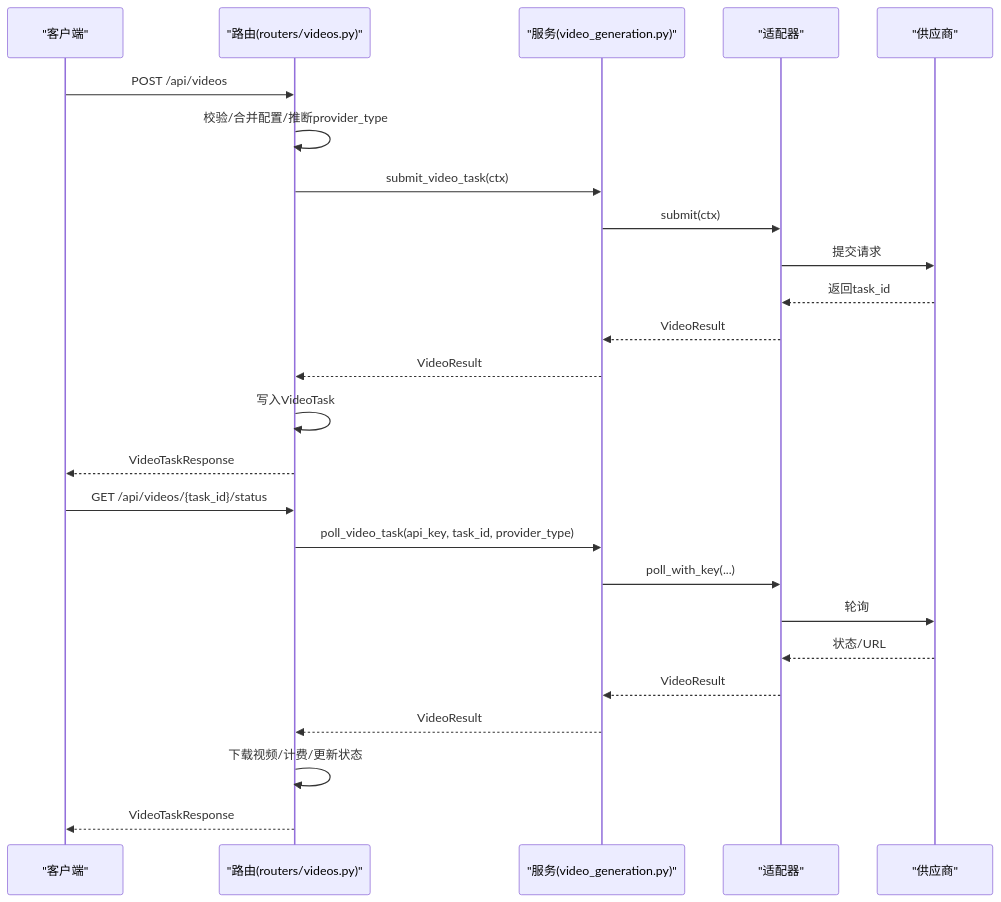
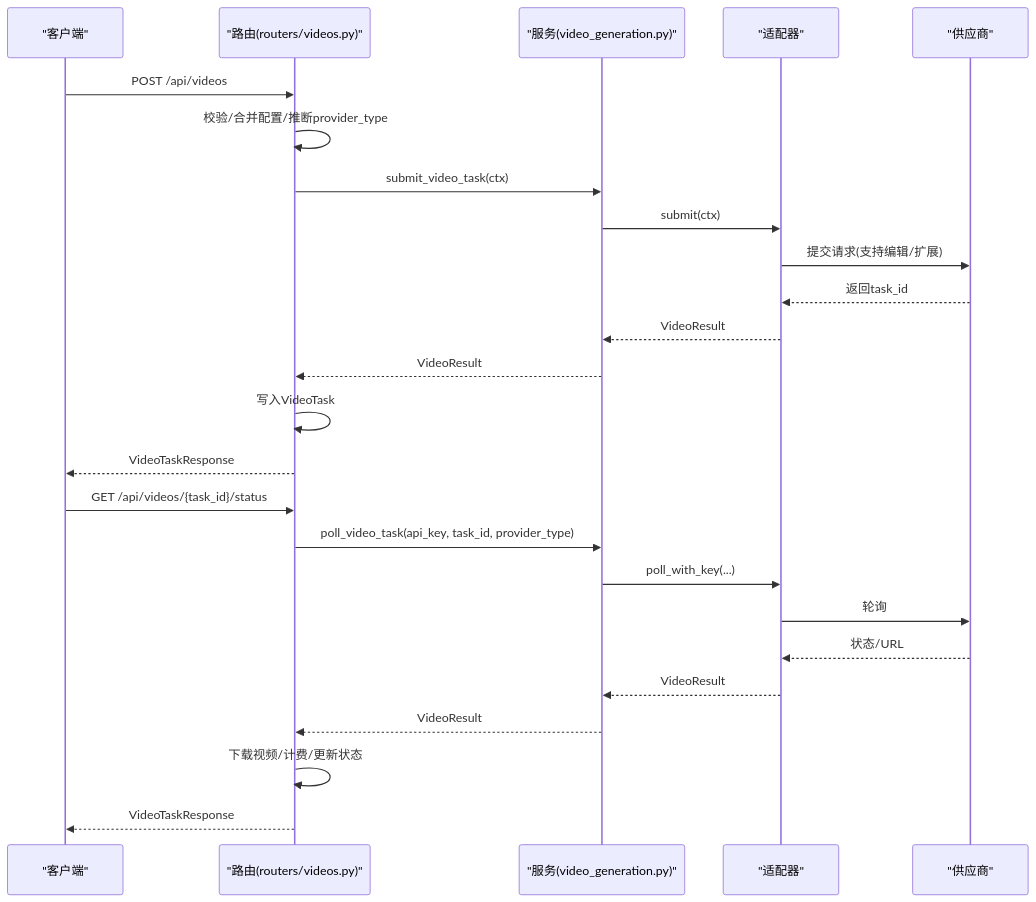
Before and after one commit to KunLabAI/KunFlix: the fifth of 6 diagrams in .qoder/repowiki/zh/content/后端服务架构/业务服务层/媒体生成服务/视频生成系统.md, drawn with Mermaid. The commit also changed other lines of this file and 29 other files, not shown here.

````diff
--- a/.qoder/repowiki/zh/content/后端服务架构/业务服务层/媒体生成服务/视频生成系统.md
+++ b/.qoder/repowiki/zh/content/后端服务架构/业务服务层/媒体生成服务/视频生成系统.md
@@ -281,27 +293,27 @@
 ```mermaid
 sequenceDiagram
 participant C as "客户端"
 participant R as "路由(routers/videos.py)"
 participant S as "服务(video_generation.py)"
 participant A as "适配器"
 participant P as "供应商"
 C->>R : POST /api/videos
 R->>R : 校验/合并配置/推断provider_type
 R->>S : submit_video_task(ctx)
 S->>A : submit(ctx)
-A->>P : 提交请求
+A->>P : 提交请求(支持编辑/扩展)
 P-->>A : 返回task_id
 A-->>S : VideoResult
 S-->>R : VideoResult
 R->>R : 写入VideoTask
 R-->>C : VideoTaskResponse
 C->>R : GET /api/videos/{task_id}/status
 R->>S : poll_video_task(api_key, task_id, provider_type)
 S->>A : poll_with_key(...)
 A->>P : 轮询
 P-->>A : 状态/URL
 A-->>S : VideoResult
 S-->>R : VideoResult
 R->>R : 下载视频/计费/更新状态
 R-->>C : VideoTaskResponse
 ```
````
